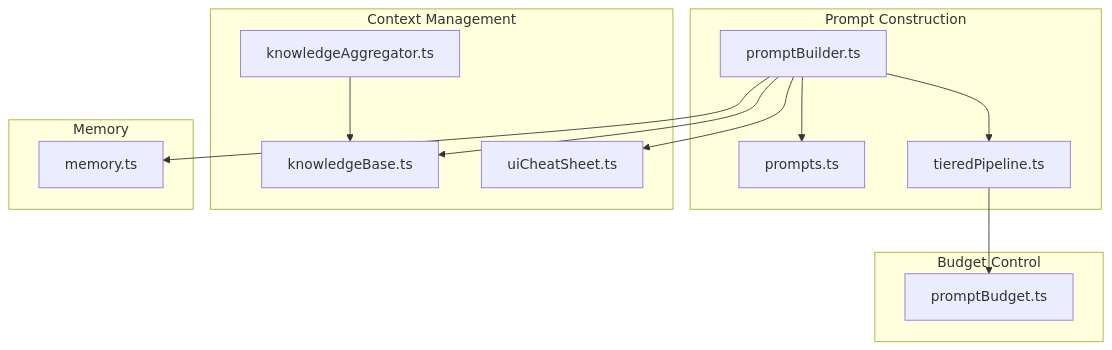
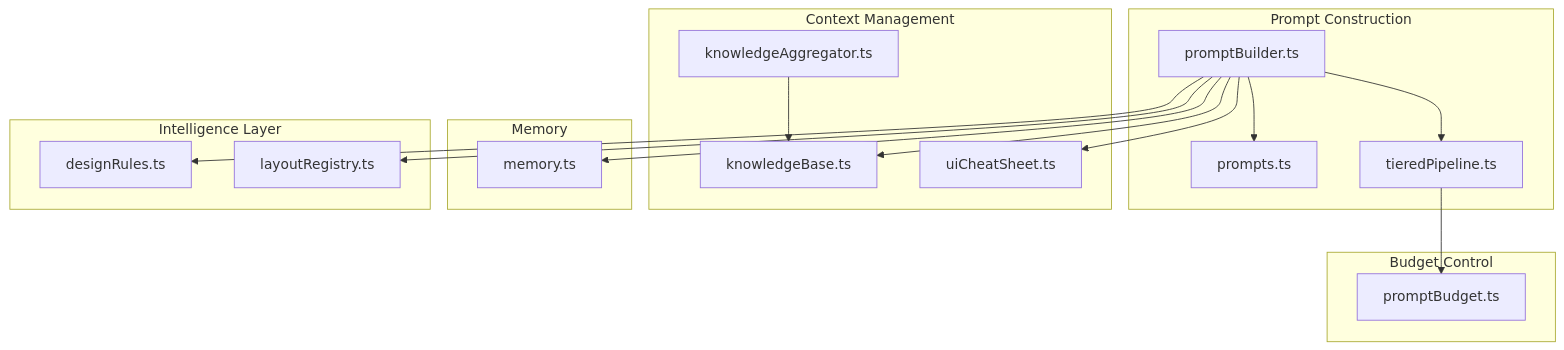
One commit to shekhargiri005-dotcom/AI-powered-accessibility-first-UI-engine changed the first of 9 diagrams in .qoder/repowiki/en/content/AI Generation Engine/Core Generation Pipeline/Prompt Engineering & Context Injection.md. Above: the diagram before and after it, drawn with Mermaid. The commit also changed other lines of this file and 71 other files, not shown here.

````diff
--- a/.qoder/repowiki/en/content/AI Generation Engine/Core Generation Pipeline/Prompt Engineering & Context Injection.md
+++ b/.qoder/repowiki/en/content/AI Generation Engine/Core Generation Pipeline/Prompt Engineering & Context Injection.md
@@ -43,26 +56,32 @@
 ```mermaid
 graph TB
 subgraph "Prompt Construction"
 PB["promptBuilder.ts"]
 PT["prompts.ts"]
 TP["tieredPipeline.ts"]
 PB --> PT
 PB --> TP
 end
 subgraph "Context Management"
 KB["knowledgeBase.ts"]
 KA["knowledgeAggregator.ts"]
 CS["uiCheatSheet.ts"]
 PB --> KB
 PB --> CS
 KA --> KB
 end
 subgraph "Memory"
 MEM["memory.ts"]
 PB --> MEM
 end
 subgraph "Budget Control"
 BUDG["promptBudget.ts"]
 TP --> BUDG
 end
+subgraph "Intelligence Layer"
+DR["designRules.ts"]
+LR["layoutRegistry.ts"]
+PB --> DR
+PB --> LR
+end
 ```
````
